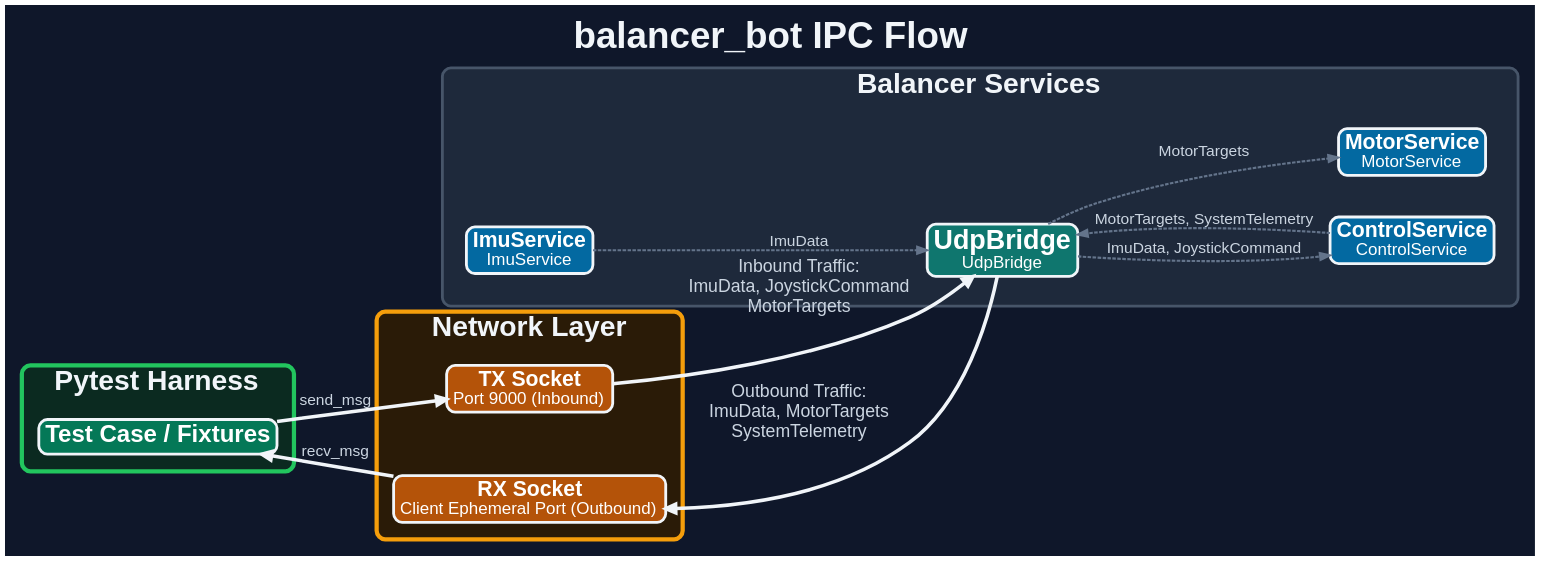
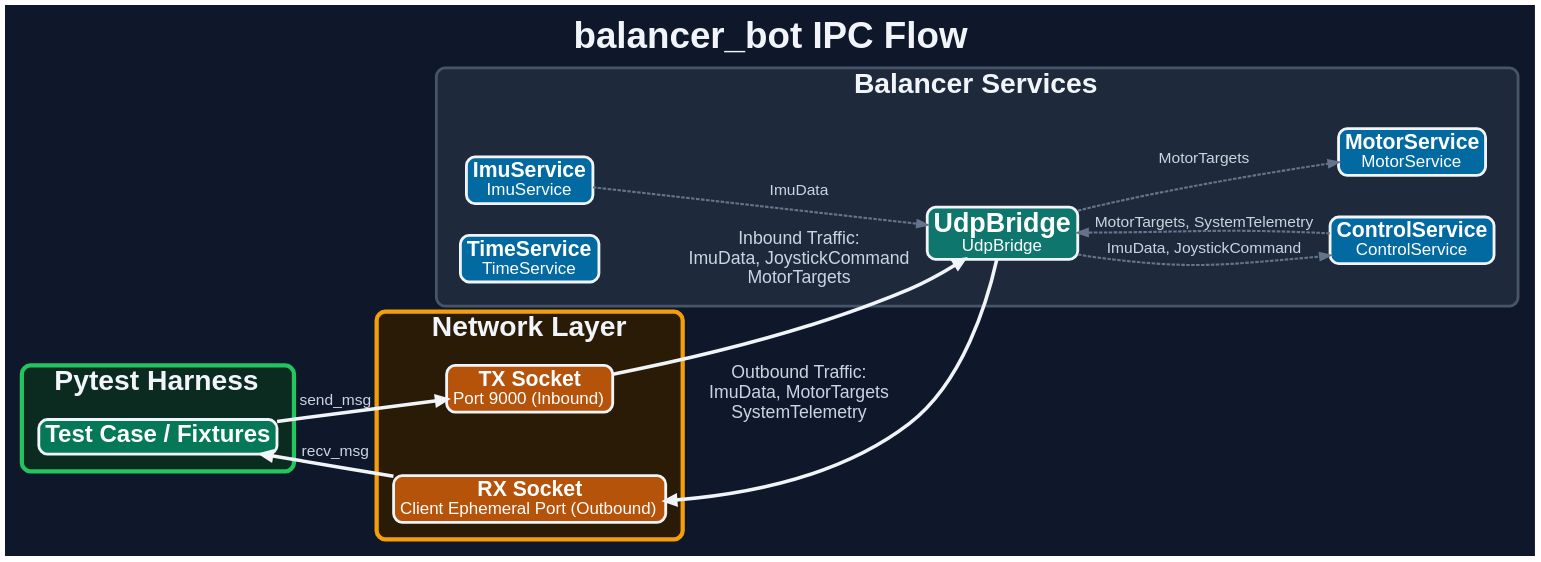
The diagram in doc/ipc/ipc_flow.dot (AxelBjork/balancer_bot), drawn with Graphviz before and after one commit. The commit also changed 87 other files, not shown here.

```diff
--- a/doc/ipc/ipc_flow.dot
+++ b/doc/ipc/ipc_flow.dot
@@ -1,85 +1,89 @@
 digraph IPC {
   rankdir=LR;
   bgcolor="#0F172A";
   pad=0.22;
   nodesep=0.62;
   ranksep=0.70;
   splines=spline;
   remincross=true;
 
   fontname="Helvetica,Arial,sans-serif";
   fontsize=52;
   fontcolor="#F1F5F9";
   label=<<B>balancer_bot IPC Flow</B>>;
   labelloc="t";
 
   node [fontname="Helvetica,Arial,sans-serif", shape=rect, style="filled,rounded", fixedsize=false, margin="0.12,0.08", fontsize=28, fontcolor="#FFFFFF", penwidth=4, color="#F1F5F9"];
 
   edge [fontname="Helvetica,Arial,sans-serif", fontsize=22, fontcolor="#CBD5E1", color="#64748B", penwidth=3.0, arrowsize=1.4, labelfloat=false, labeldistance=0.8, labelangle=10];
 
   subgraph cluster_sim {
     label=<<B><FONT POINT-SIZE="40">Balancer Services</FONT></B>>;
     fontcolor="#F1F5F9";
     style="rounded,filled";
     color="#475569";
     penwidth=4;
     fillcolor="#1E293B";
     margin=34;
     ImuService [
       fillcolor="#0369A1",
       label=<<B><FONT POINT-SIZE="30">ImuService</FONT></B><BR/><FONT POINT-SIZE="24">ImuService</FONT>>
+    ];
+    TimeService [
+      fillcolor="#0369A1",
+      label=<<B><FONT POINT-SIZE="30">TimeService</FONT></B><BR/><FONT POINT-SIZE="24">TimeService</FONT>>
     ];
     ControlService [
       fillcolor="#0369A1",
       label=<<B><FONT POINT-SIZE="30">ControlService</FONT></B><BR/><FONT POINT-SIZE="24">ControlService</FONT>>
     ];
     MotorService [
       fillcolor="#0369A1",
       label=<<B><FONT POINT-SIZE="30">MotorService</FONT></B><BR/><FONT POINT-SIZE="24">MotorService</FONT>>
     ];
     UdpBridge [
       fillcolor="#0F766E",
       label=<<B><FONT POINT-SIZE="38">UdpBridge</FONT></B><BR/><FONT POINT-SIZE="24">UdpBridge</FONT>>
     ];
   }
 
   subgraph cluster_sockets {
     label=<<B><FONT POINT-SIZE="40">Network Layer</FONT></B>>;
     fontcolor="#F1F5F9";
     style="rounded,filled";
     color="#F59E0B";
     penwidth=6;
     fillcolor="#2A1B07";
     margin=24;
 
     { rank=same; TX; RX; }
 
     TX [fillcolor="#B45309", label=<<B><FONT POINT-SIZE="30">TX Socket</FONT></B><BR/><FONT POINT-SIZE="24">Port 9000 (Inbound)</FONT>>];
     RX [fillcolor="#B45309", label=<<B><FONT POINT-SIZE="30">RX Socket</FONT></B><BR/><FONT POINT-SIZE="24">Client Ephemeral Port (Outbound)</FONT>>];
     TX -> RX [style=invis, weight=50, constraint=false];
   }
 
   subgraph cluster_pytest {
     label=<<B><FONT POINT-SIZE="40">Pytest Harness</FONT></B>>;
     fontcolor="#F1F5F9";
     style="rounded,filled";
     color="#22C55E";
     penwidth=6;
     fillcolor="#0B2A20";
     margin=24;
 
     TestCase [fillcolor="#047857", label=<<B><FONT POINT-SIZE="34">Test Case / Fixtures</FONT></B>>];
   }
 
   TestCase -> TX [label="send_msg", color="#F1F5F9", penwidth=5];
   TX -> UdpBridge [label="Inbound Traffic:\nImuData, JoystickCommand\nMotorTargets", color="#F1F5F9", penwidth=5, fontsize=25];
 
   // Internal Service Logic
   ControlService -> UdpBridge [label="MotorTargets, SystemTelemetry", style=dashed];
   ImuService -> UdpBridge [label="ImuData", style=dashed];
   UdpBridge -> ControlService [label="ImuData, JoystickCommand", style=dashed];
   UdpBridge -> MotorService [label="MotorTargets", style=dashed];
 
   RX -> UdpBridge [label="Outbound Traffic:\nImuData, MotorTargets\nSystemTelemetry", color="#F1F5F9", penwidth=5, dir=back, fontsize=25, arrowtail=normal];
   TestCase -> RX [label="recv_msg", color="#F1F5F9", penwidth=5, dir=back, arrowtail=normal];
 }
```
